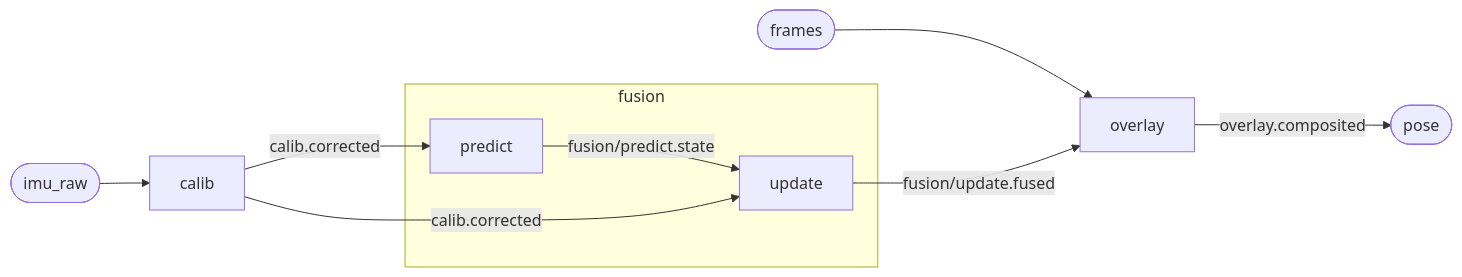
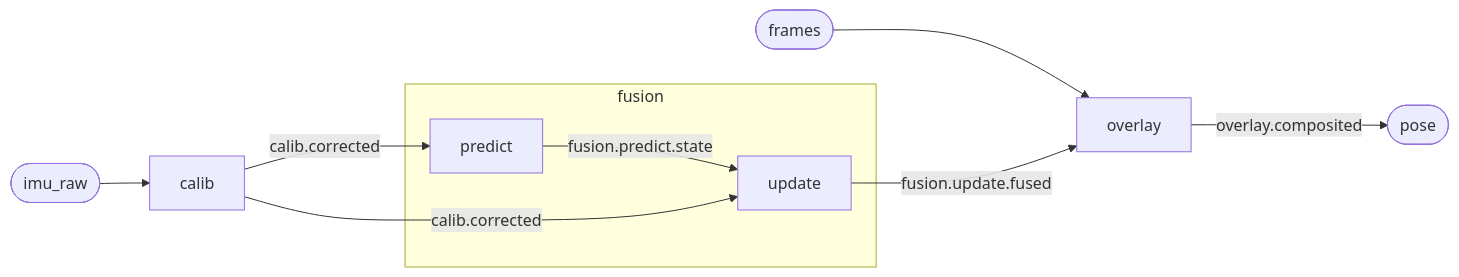
The diagram in dfg/README.md (blasagna/scratchpad), drawn with Mermaid before and after one commit. The commit also changed other lines of this file, not shown here.

````diff
--- a/dfg/README.md
+++ b/dfg/README.md
@@ -97,14 +105,14 @@
 ```mermaid
 flowchart LR
   imu_raw([imu_raw]) --> calib
   frames([frames]) --> overlay
 
   subgraph fusion
-    predict -- "fusion/predict.state" --> update
+    predict -- "fusion.predict.state" --> update
   end
 
   calib -- "calib.corrected" --> predict
   calib -- "calib.corrected" --> update
-  update -- "fusion/update.fused" --> overlay
+  update -- "fusion.update.fused" --> overlay
   overlay -- "overlay.composited" --> pose([pose])
 ```
````
